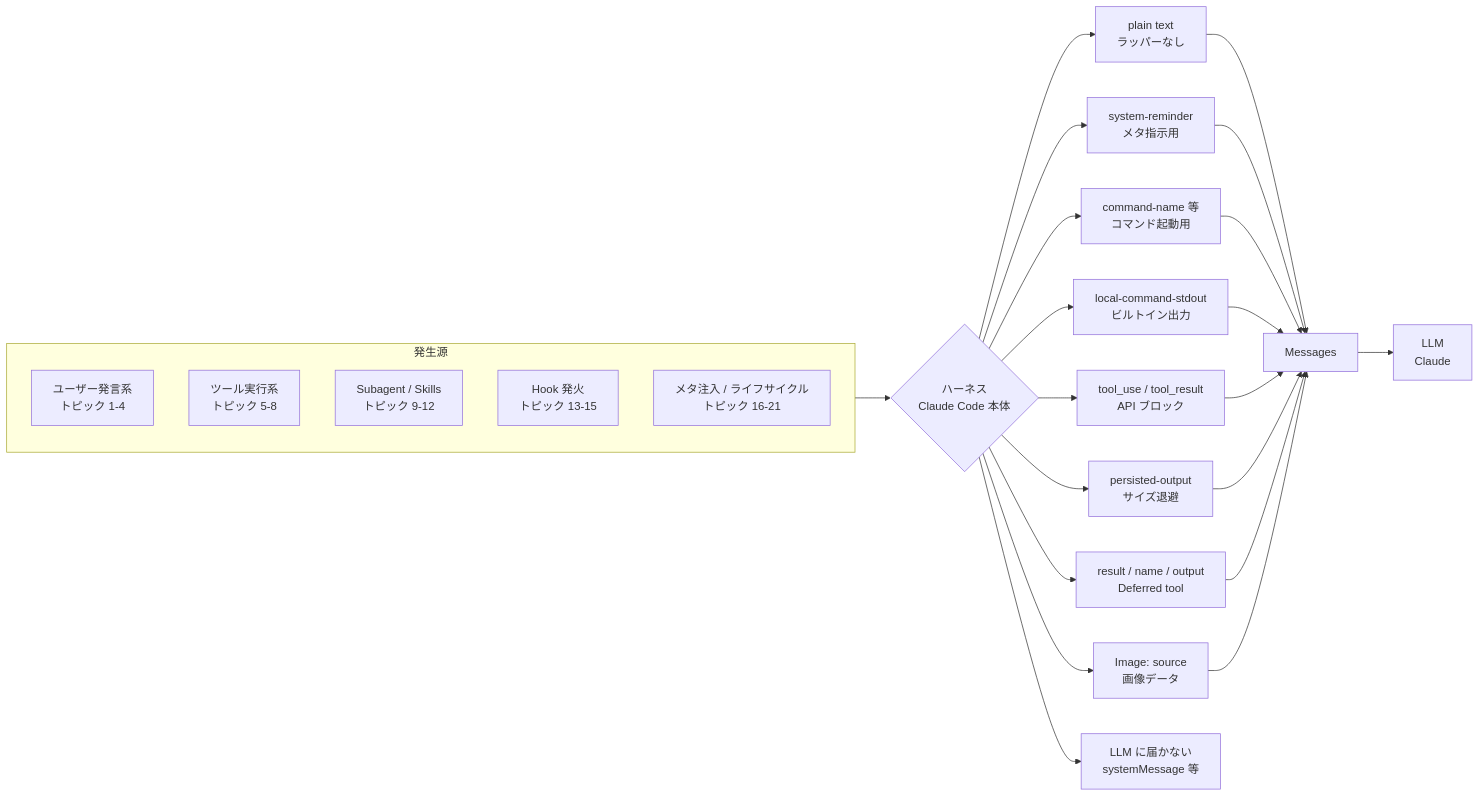
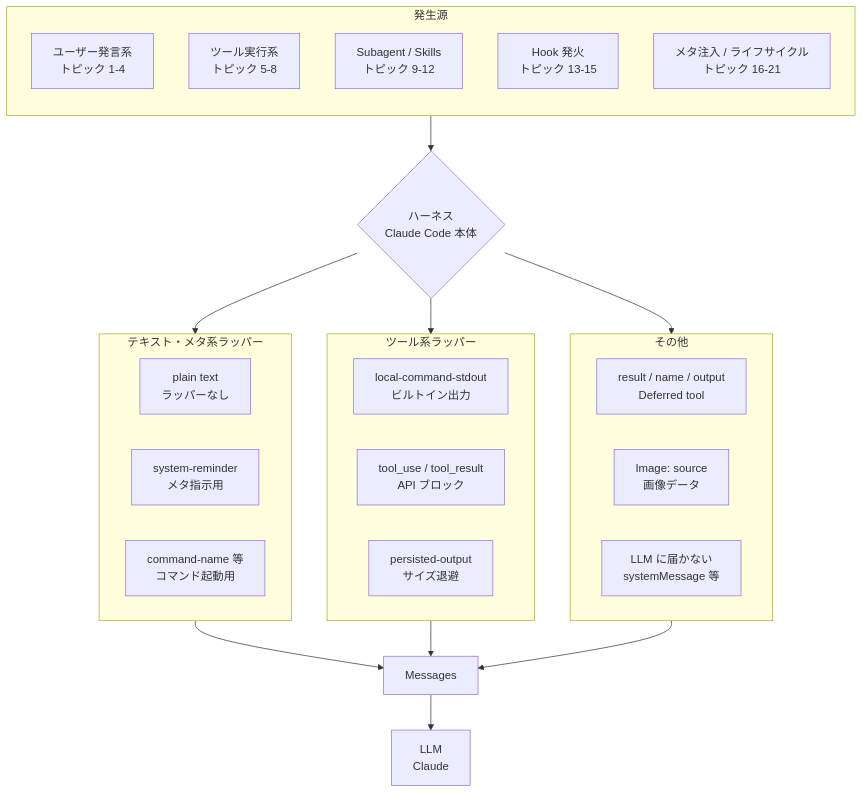
Before and after one commit to megmogmog1965/claude-code-doc-verify: the second of 2 diagrams in README_02.md, drawn with Mermaid.

Commit message:
fix: agentic loop 説明.

````diff
--- a/README_02.md
+++ b/README_02.md
@@ -94,34 +94,44 @@
 ```mermaid
-flowchart LR
+flowchart TD
     subgraph SRC["発生源"]
         direction TB
         S1["ユーザー発言系\nトピック 1-4"]
         S2["ツール実行系\nトピック 5-8"]
         S3["Subagent / Skills\nトピック 9-12"]
         S4["Hook 発火\nトピック 13-15"]
         S5["メタ注入 / ライフサイクル\nトピック 16-21"]
     end
 
     SRC --> H{"ハーネス\nClaude Code 本体"}
 
-    H --> T1["plain text\nラッパーなし"]
-    H --> T2["system-reminder\nメタ指示用"]
-    H --> T3["command-name 等\nコマンド起動用"]
-    H --> T4["local-command-stdout\nビルトイン出力"]
-    H --> T5["tool_use / tool_result\nAPI ブロック"]
-    H --> T6["persisted-output\nサイズ退避"]
-    H --> T7["result / name / output\nDeferred tool"]
-    H --> T8["Image: source\n画像データ"]
-    H --> TX["LLM に届かない\nsystemMessage 等"]
+    subgraph W1["テキスト・メタ系ラッパー"]
+        direction LR
+        T1["plain text\nラッパーなし"]
+        T2["system-reminder\nメタ指示用"]
+        T3["command-name 等\nコマンド起動用"]
+    end
 
-    T1 --> M["Messages"]
-    T2 --> M
-    T3 --> M
-    T4 --> M
-    T5 --> M
-    T6 --> M
-    T7 --> M
-    T8 --> M
+    subgraph W2["ツール系ラッパー"]
+        direction LR
+        T4["local-command-stdout\nビルトイン出力"]
+        T5["tool_use / tool_result\nAPI ブロック"]
+        T6["persisted-output\nサイズ退避"]
+    end
+
+    subgraph W3["その他"]
+        direction LR
+        T7["result / name / output\nDeferred tool"]
+        T8["Image: source\n画像データ"]
+        TX["LLM に届かない\nsystemMessage 等"]
+    end
+
+    H --> W1
+    H --> W2
+    H --> W3
+
+    W1 --> M["Messages"]
+    W2 --> M
+    W3 --> M
 
     M --> LLM["LLM\nClaude"]
 ```
````
